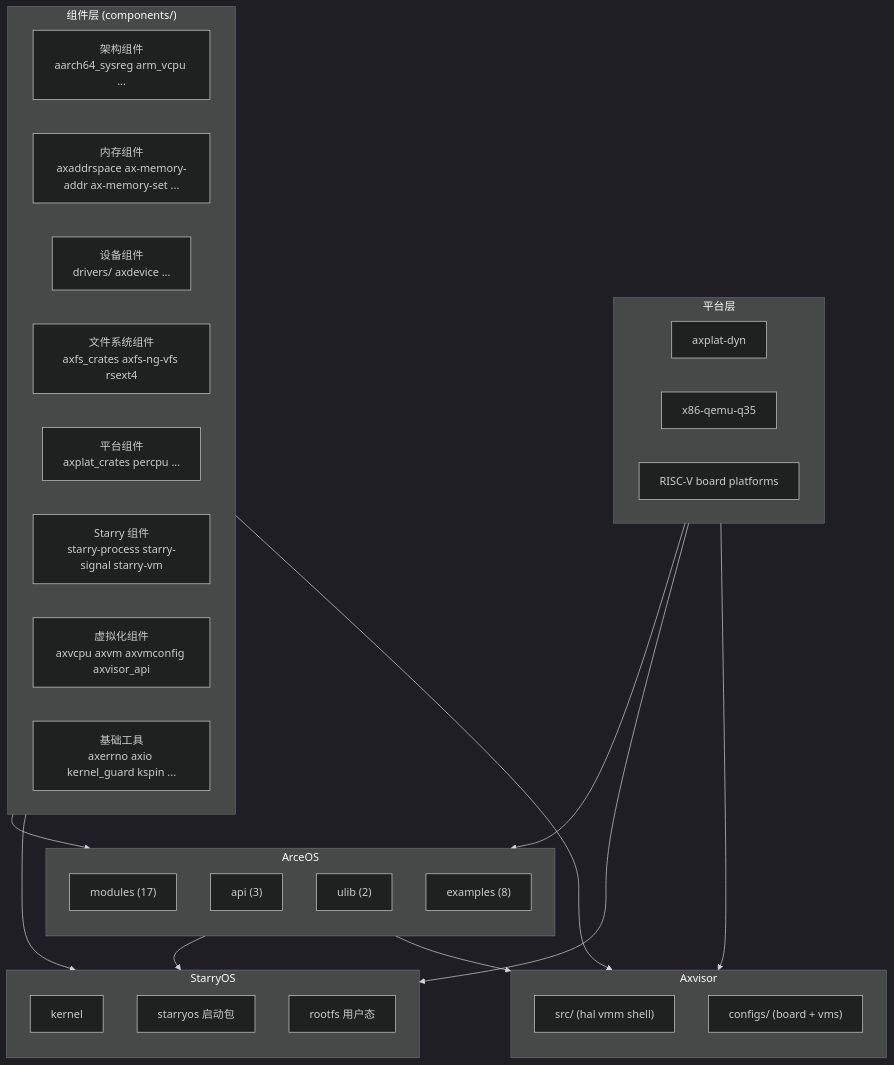
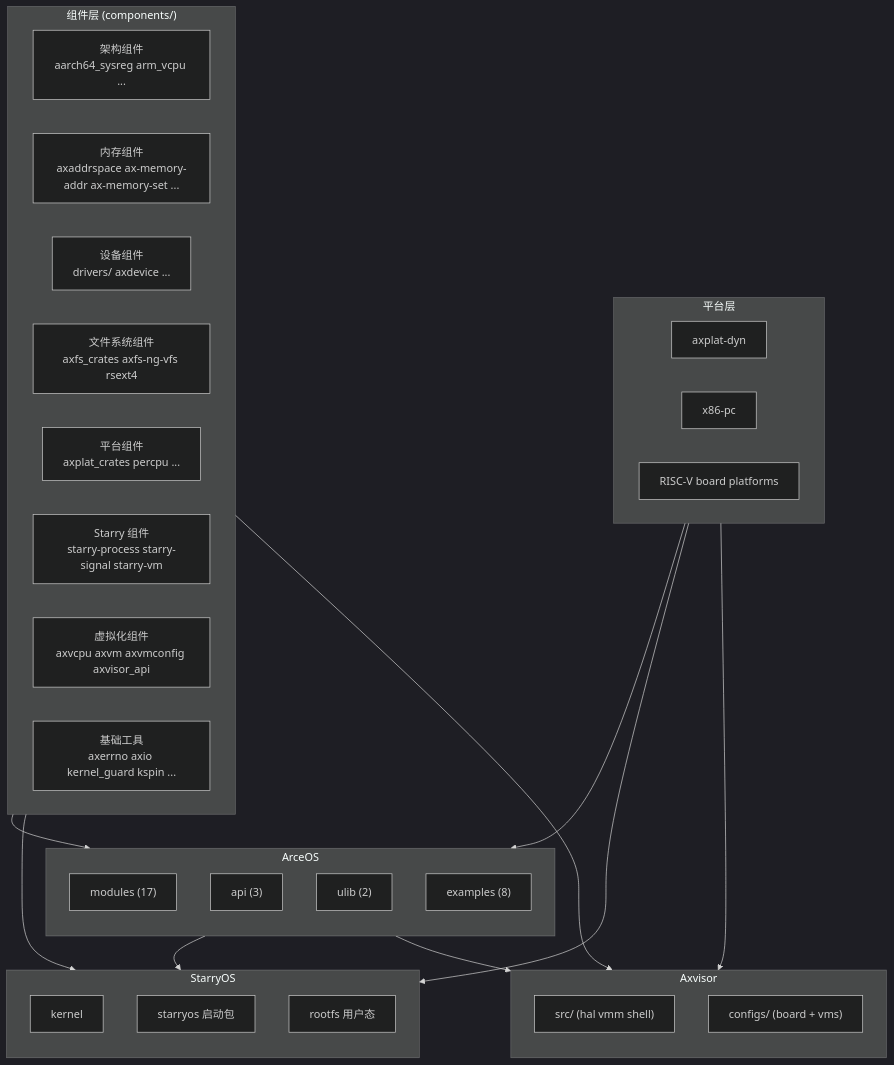
Before and after one commit to rcore-os/tgoskits: the first of 2 diagrams in docs/docs/architecture/overview.md, drawn with Mermaid (dark theme). The commit also changed other lines of this file and 41 other files, not shown here.

````diff
--- a/docs/docs/architecture/overview.md
+++ b/docs/docs/architecture/overview.md
@@ -10,51 +10,51 @@
 ```mermaid
 flowchart TD
     subgraph Components["组件层 (components/)"]
         direction LR
         C1["架构组件<br/>aarch64_sysreg arm_vcpu ..."]
         C2["内存组件<br/>axaddrspace ax-memory-addr ax-memory-set ..."]
         C3["设备组件<br/>drivers/ axdevice ..."]
         C4["文件系统组件<br/>axfs_crates axfs-ng-vfs rsext4"]
         C5["平台组件<br/>axplat_crates percpu ..."]
         C6["Starry 组件<br/>starry-process starry-signal starry-vm"]
         C7["虚拟化组件<br/>axvcpu axvm axvmconfig axvisor_api"]
         C8["基础工具<br/>axerrno axio kernel_guard kspin ..."]
     end
 
     subgraph ArceOS["ArceOS"]
         direction TB
         AM["modules (17)"]
         AA["api (3)"]
         AU["ulib (2)"]
         AX["examples (8)"]
     end
 
     subgraph StarryOS["StarryOS"]
         direction TB
         SK["kernel"]
         SP["starryos 启动包"]
         SR["rootfs 用户态"]
     end
 
     subgraph Axvisor["Axvisor"]
         direction TB
         AV["src/ (hal vmm shell)"]
         AC["configs/ (board + vms)"]
     end
 
     subgraph Platform["平台层"]
         direction LR
         P1["axplat-dyn"]
-        P2["x86-qemu-q35"]
+        P2["x86-pc"]
         P3["RISC-V board platforms"]
     end
 
     Components --> ArceOS
     Components --> StarryOS
     Components --> Axvisor
     ArceOS --> StarryOS
     ArceOS --> Axvisor
     Platform --> ArceOS
     Platform --> StarryOS
     Platform --> Axvisor
 ```
````
